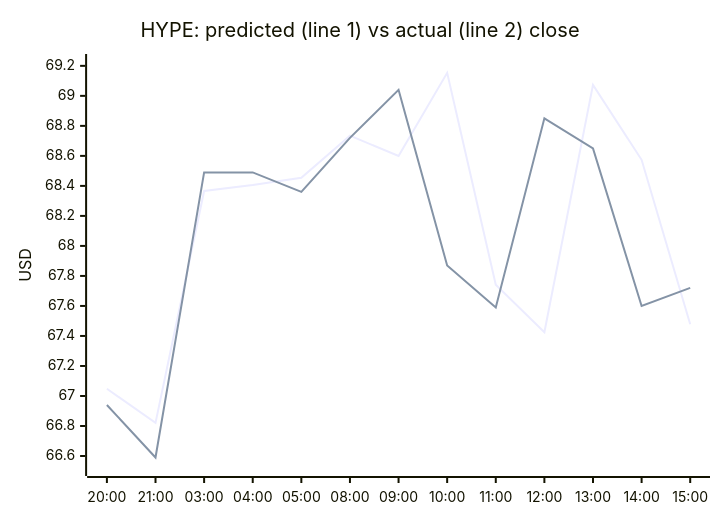
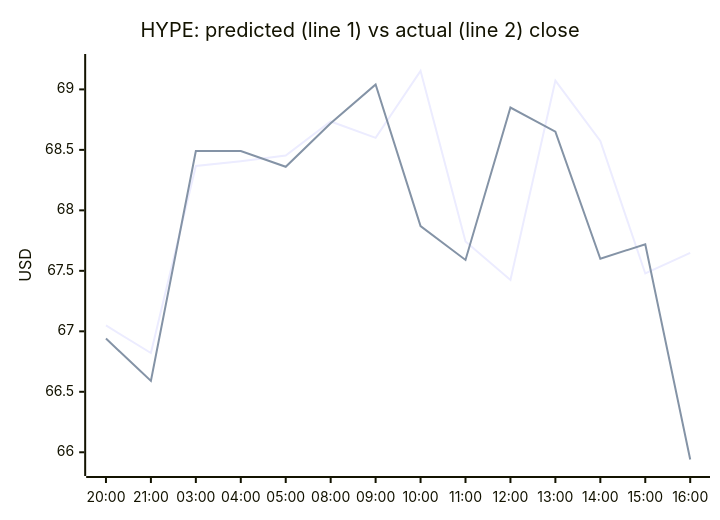
The fourth of 4 diagrams in README.md (samuelkreitl-wq/crypto-hourly-forecaster), drawn with Mermaid before and after one commit. The commit also changed other lines of this file and 14 other files, not shown here.

````diff
--- a/README.md
+++ b/README.md
@@ -65,8 +65,8 @@
 ```mermaid
 xychart-beta
     title "HYPE: predicted (line 1) vs actual (line 2) close"
-    x-axis ["20:00", "21:00", "03:00", "04:00", "05:00", "08:00", "09:00", "10:00", "11:00", "12:00", "13:00", "14:00", "15:00"]
-    y-axis "USD" 66.5234 --> 69.2223
-    line [67.0484, 66.8208, 68.3664, 68.4064, 68.4537, 68.7347, 68.5994, 69.1532, 67.7420, 67.4244, 69.0731, 68.5737, 67.4783]
-    line [66.9400, 66.5900, 68.4900, 68.4900, 68.3600, 68.7200, 69.0400, 67.8700, 67.5900, 68.8500, 68.6500, 67.6000, 67.7200]
+    x-axis ["20:00", "21:00", "03:00", "04:00", "05:00", "08:00", "09:00", "10:00", "11:00", "12:00", "13:00", "14:00", "15:00", "16:00"]
+    y-axis "USD" 65.8741 --> 69.2223
+    line [67.0484, 66.8208, 68.3664, 68.4064, 68.4537, 68.7347, 68.5994, 69.1532, 67.7420, 67.4244, 69.0731, 68.5737, 67.4783, 67.6486]
+    line [66.9400, 66.5900, 68.4900, 68.4900, 68.3600, 68.7200, 69.0400, 67.8700, 67.5900, 68.8500, 68.6500, 67.6000, 67.7200, 65.9400]
 ```
````
